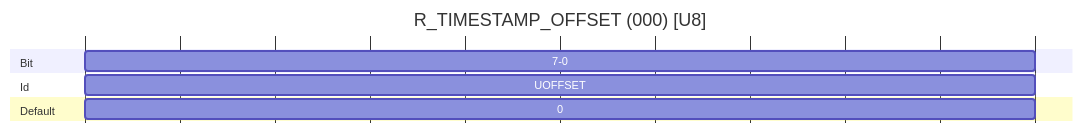
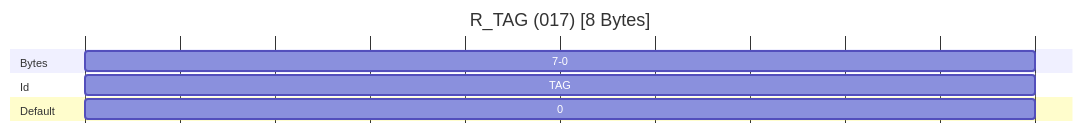
Before and after one commit to harp-tech/protocol: the eighth of 19 diagrams in Device.md, drawn with Mermaid. The commit also changed other lines of this file, not shown here.

````diff
--- a/Device.md
+++ b/Device.md
@@ -404,19 +411,19 @@
 ```mermaid
 ---
 displayMode: compact
 ---
 
 gantt
-    title R_TIMESTAMP_OFFSET (000) [U8]
+    title R_TAG (017) [8 Bytes]
 
     dateFormat X
     axisFormat %
     tickInterval 0
 
-    section Bit
-    7-0      :byte1, 0, 1
+    section Bytes
+    7-0      :bytes, 0, 1
     section Id
-    UOFFSET      :id1, 0, 1
+    TAG      :id1, 0, 1
     section Default
     0      :d1, 0, 1
 ```
````
